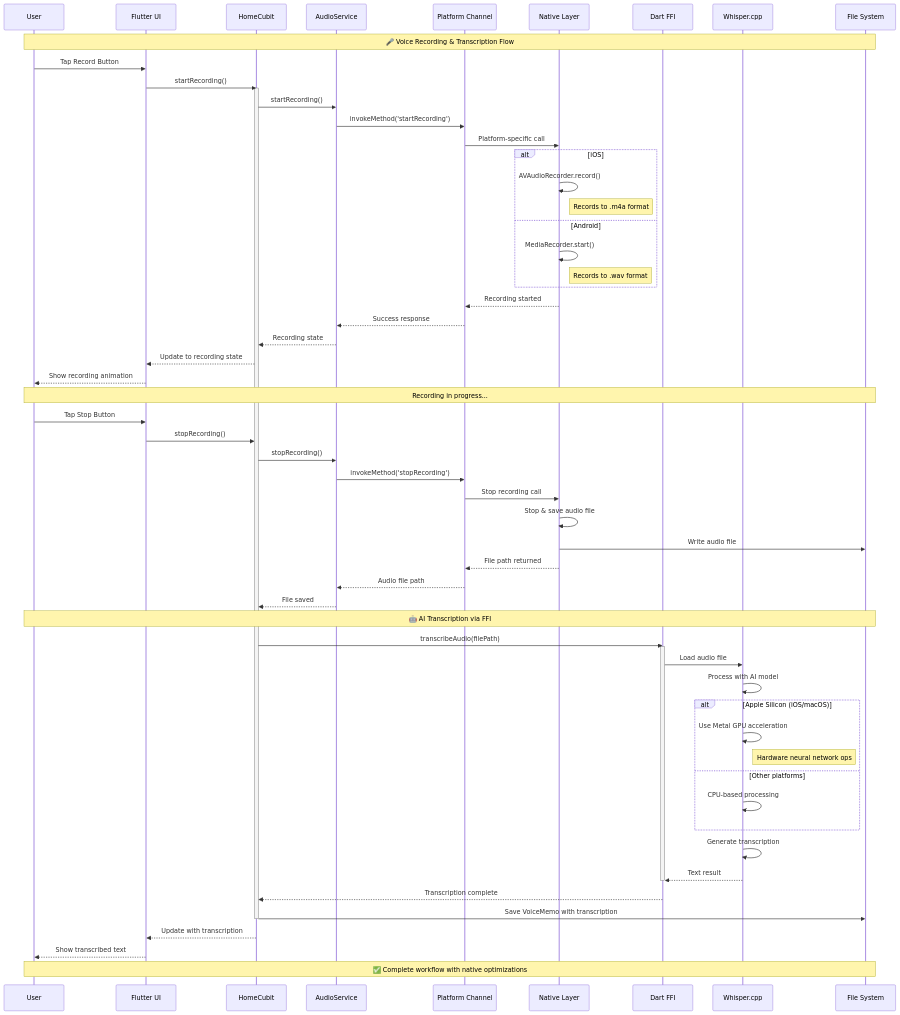
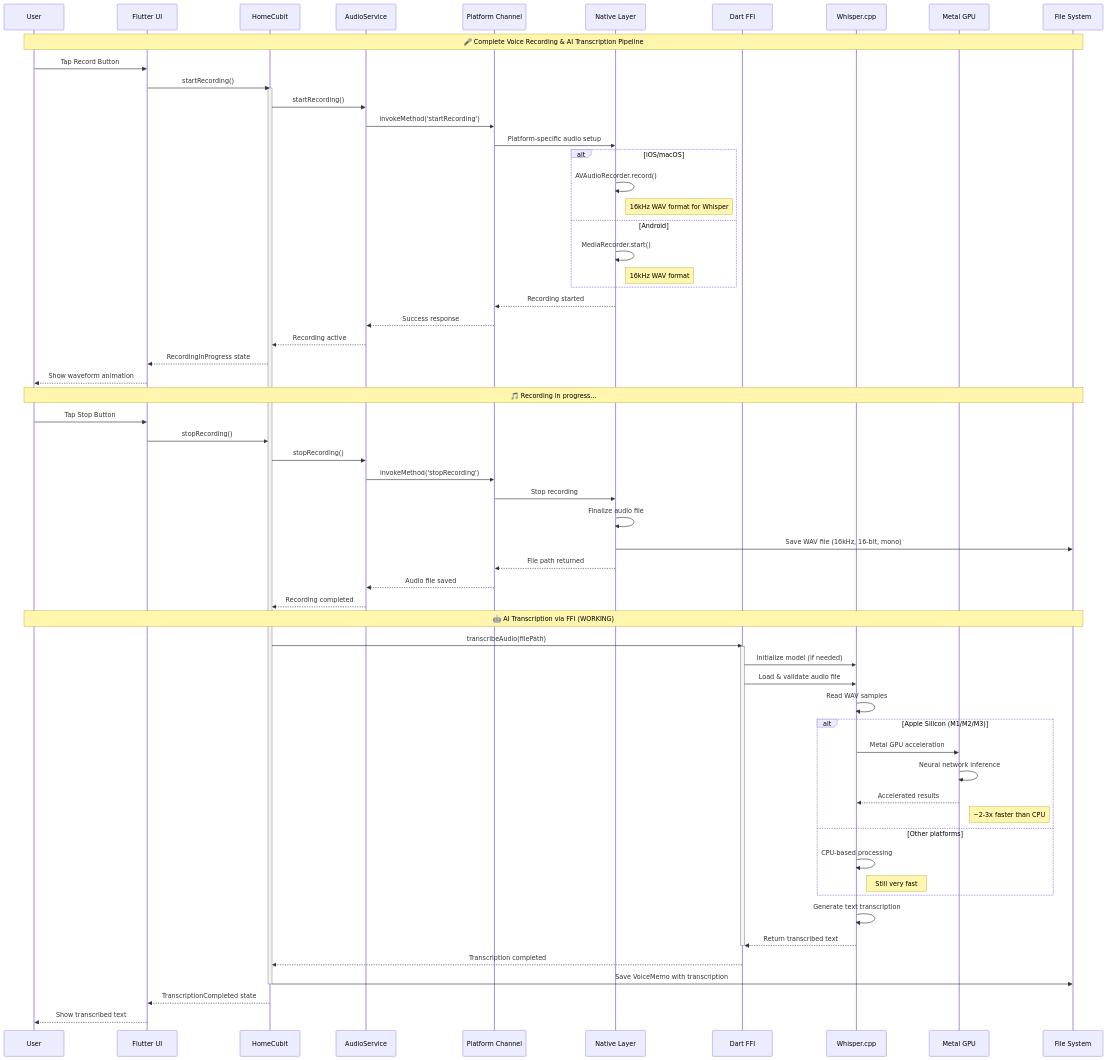
The second of 2 diagrams in README.md (esrakadah/flutter_voice_bridge), drawn with Mermaid before and after one commit. The commit also changed other lines of this file and 12 other files, not shown here.

First line of the commit message:
Enhance architecture documentation and feature status for production readiness

````diff
--- a/README.md
+++ b/README.md
@@ -129,76 +133,79 @@
 ```mermaid
 sequenceDiagram
     participant User
     participant UI as Flutter UI
     participant Cubit as HomeCubit
     participant AudioSvc as AudioService
     participant PC as Platform Channel
     participant Native as Native Layer
     participant FFI as Dart FFI
     participant Whisper as Whisper.cpp
+    participant GPU as Metal GPU
     participant FS as File System
     
-    Note over User,FS: 🎤 Voice Recording & Transcription Flow
+    Note over User,FS: 🎤 Complete Voice Recording & AI Transcription Pipeline
     
     User->>UI: Tap Record Button
     UI->>Cubit: startRecording()
     
     activate Cubit
     Cubit->>AudioSvc: startRecording()
     AudioSvc->>PC: invokeMethod('startRecording')
     
-    PC->>Native: Platform-specific call
-    alt iOS
+    PC->>Native: Platform-specific audio setup
+    alt iOS/macOS
         Native->>Native: AVAudioRecorder.record()
-        Note right of Native: Records to .m4a format
+        Note right of Native: 16kHz WAV format for Whisper
     else Android
         Native->>Native: MediaRecorder.start()
-        Note right of Native: Records to .wav format
+        Note right of Native: 16kHz WAV format
     end
     
     Native-->>PC: Recording started
     PC-->>AudioSvc: Success response
-    AudioSvc-->>Cubit: Recording state
-    Cubit-->>UI: Update to recording state
-    UI-->>User: Show recording animation
+    AudioSvc-->>Cubit: Recording active
+    Cubit-->>UI: RecordingInProgress state
+    UI-->>User: Show waveform animation
     
-    Note over User,FS: Recording in progress...
+    Note over User,FS: 🎵 Recording in progress...
     
     User->>UI: Tap Stop Button
     UI->>Cubit: stopRecording()
     Cubit->>AudioSvc: stopRecording()
     AudioSvc->>PC: invokeMethod('stopRecording')
     
-    PC->>Native: Stop recording call
-    Native->>Native: Stop & save audio file
-    Native->>FS: Write audio file
+    PC->>Native: Stop recording
+    Native->>Native: Finalize audio file
+    Native->>FS: Save WAV file (16kHz, 16-bit, mono)
     Native-->>PC: File path returned
-    PC-->>AudioSvc: Audio file path
-    AudioSvc-->>Cubit: File saved
+    PC-->>AudioSvc: Audio file saved
+    AudioSvc-->>Cubit: Recording completed
     
-    Note over User,FS: 🤖 AI Transcription via FFI
+    Note over User,FS: 🤖 AI Transcription via FFI (WORKING)
     
     Cubit->>FFI: transcribeAudio(filePath)
     activate FFI
-    FFI->>Whisper: Load audio file
-    Whisper->>Whisper: Process with AI model
+    FFI->>Whisper: Initialize model (if needed)
+    FFI->>Whisper: Load & validate audio file
+    Whisper->>Whisper: Read WAV samples
     
-    alt Apple Silicon (iOS/macOS)
-        Whisper->>Whisper: Use Metal GPU acceleration
-        Note right of Whisper: Hardware neural network ops
+    alt Apple Silicon (M1/M2/M3)
+        Whisper->>GPU: Metal GPU acceleration
+        GPU->>GPU: Neural network inference
+        GPU-->>Whisper: Accelerated results
+        Note right of GPU: ~2-3x faster than CPU
     else Other platforms
         Whisper->>Whisper: CPU-based processing
+        Note right of Whisper: Still very fast
     end
     
-    Whisper->>Whisper: Generate transcription
-    Whisper-->>FFI: Text result
+    Whisper->>Whisper: Generate text transcription
+    Whisper-->>FFI: Return transcribed text
     deactivate FFI
-    FFI-->>Cubit: Transcription complete
+    FFI-->>Cubit: Transcription completed
     
     Cubit->>FS: Save VoiceMemo with transcription
     deactivate Cubit
-    Cubit-->>UI: Update with transcription
+    Cubit-->>UI: TranscriptionCompleted state
     UI-->>User: Show transcribed text
-    
-    Note over User,FS: ✅ Complete workflow with native optimizations
 ```
````
